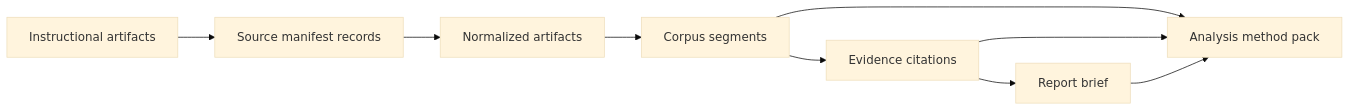
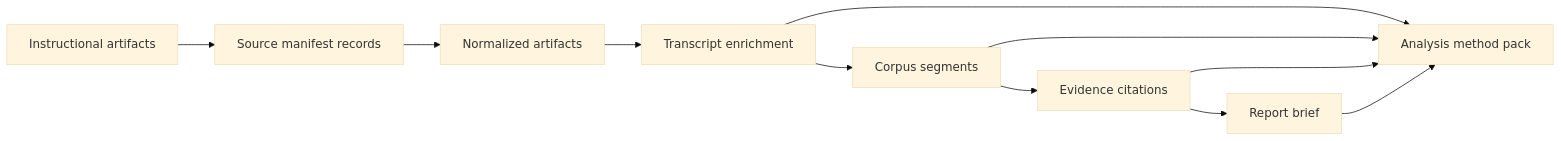
The diagram in docs/workflow-diagram.md (grant-mccurdy/content-intelligence-reporting), drawn with Mermaid (base theme) before and after one commit. The commit also changed other lines of this file and 13 other files, not shown here.

Commit message:
Add transcript enrichment workflow

````diff
--- a/docs/workflow-diagram.md
+++ b/docs/workflow-diagram.md
@@ -9,11 +9,13 @@
 ```mermaid
 flowchart LR
     A[Instructional artifacts] --> B[Source manifest records]
     B --> C[Normalized artifacts]
-    C --> D[Corpus segments]
+    C --> H[Transcript enrichment]
+    H --> D[Corpus segments]
     D --> E[Evidence citations]
     E --> F[Report brief]
-    D --> G[Analysis method pack]
+    H --> G[Analysis method pack]
+    D --> G
     E --> G
     F --> G
 ```
````
